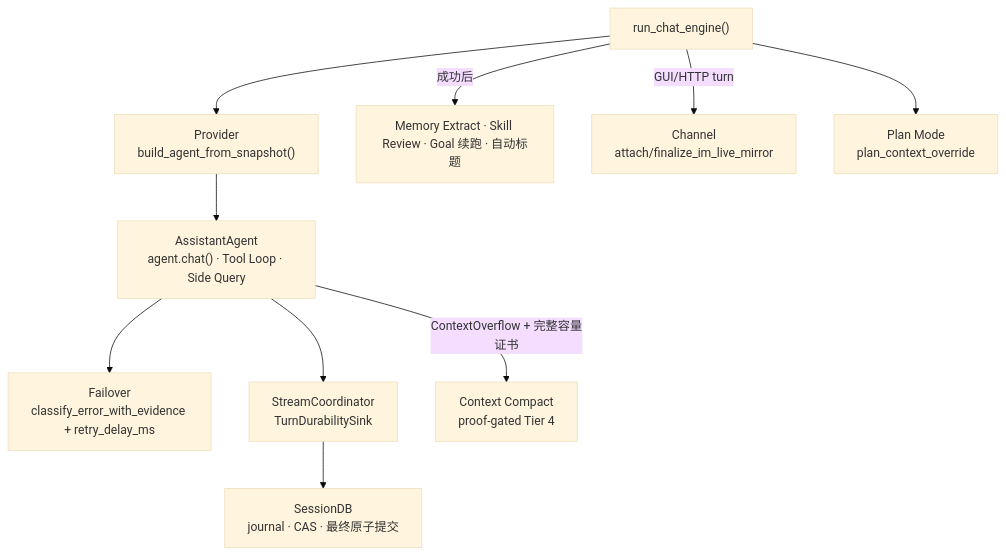
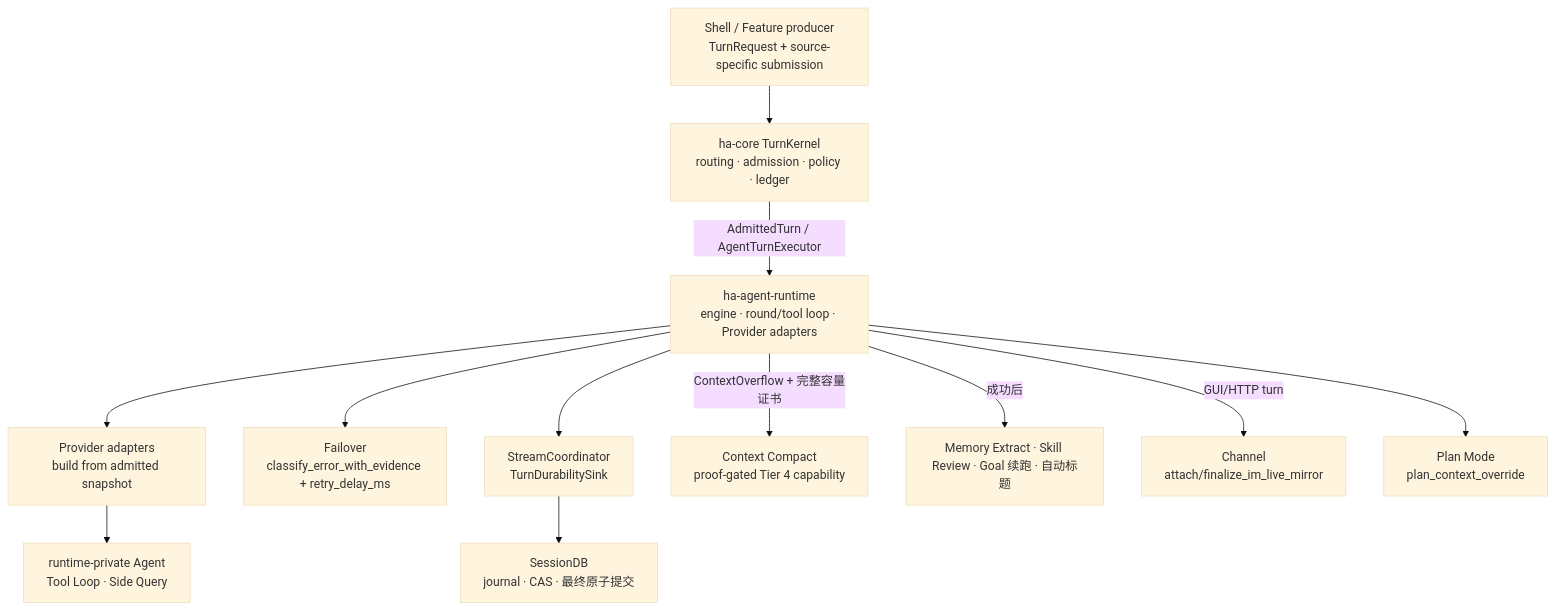
Before and after one commit to shiwenwen/hope-agent: the seventh of 7 diagrams in docs/architecture/core/chat-engine.md, drawn with Mermaid (base theme). The commit also changed other lines of this file and 230 other files, not shown here.

Commit message:
🦭 refactor: converge agent kernel and execution runtimes

````diff
--- a/docs/architecture/core/chat-engine.md
+++ b/docs/architecture/core/chat-engine.md
@@ -787,14 +809,17 @@
 ```mermaid
 flowchart TB
-    Engine["run_chat_engine()"]
+    Producer["Shell / Feature producer<br/>TurnRequest + source-specific submission"]
+    Kernel["ha-core TurnKernel<br/>routing · admission · policy · ledger"]
+    Runtime["ha-agent-runtime<br/>engine · round/tool loop · Provider adapters"]
 
-    Engine --> Prov["Provider<br/>build_agent_from_snapshot()"]
-    Prov --> Agent["AssistantAgent<br/>agent.chat() · Tool Loop · Side Query"]
-    Agent --> Fail["Failover<br/>classify_error_with_evidence + retry_delay_ms"]
-    Agent --> Coord["StreamCoordinator<br/>TurnDurabilitySink"]
+    Producer --> Kernel -->|AdmittedTurn / AgentTurnExecutor| Runtime
+    Runtime --> Prov["Provider adapters<br/>build from admitted snapshot"]
+    Prov --> Round["runtime-private Agent<br/>Tool Loop · Side Query"]
+    Runtime --> Fail["Failover<br/>classify_error_with_evidence + retry_delay_ms"]
+    Runtime --> Coord["StreamCoordinator<br/>TurnDurabilitySink"]
     Coord --> DB["SessionDB<br/>journal · CAS · 最终原子提交"]
-    Agent -->|"ContextOverflow + 完整容量证书"| Compact["Context Compact<br/>proof-gated Tier 4"]
-    Engine -->|成功后| Post["Memory Extract · Skill Review · Goal 续跑 · 自动标题"]
-    Engine -->|GUI/HTTP turn| Mirror["Channel<br/>attach/finalize_im_live_mirror"]
-    Engine --> Plan["Plan Mode<br/>plan_context_override"]
+    Runtime -->|"ContextOverflow + 完整容量证书"| Compact["Context Compact<br/>proof-gated Tier 4 capability"]
+    Runtime -->|成功后| Post["Memory Extract · Skill Review · Goal 续跑 · 自动标题"]
+    Runtime -->|GUI/HTTP turn| Mirror["Channel<br/>attach/finalize_im_live_mirror"]
+    Runtime --> Plan["Plan Mode<br/>plan_context_override"]
 ```
````
